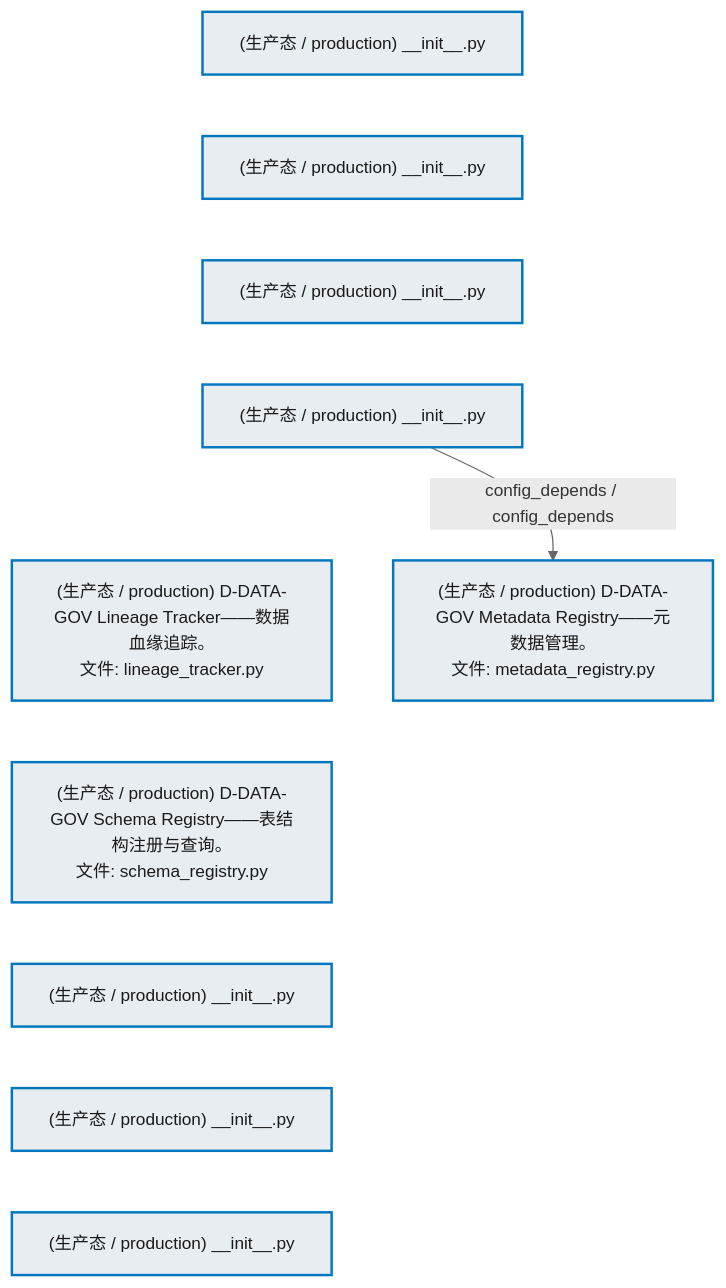
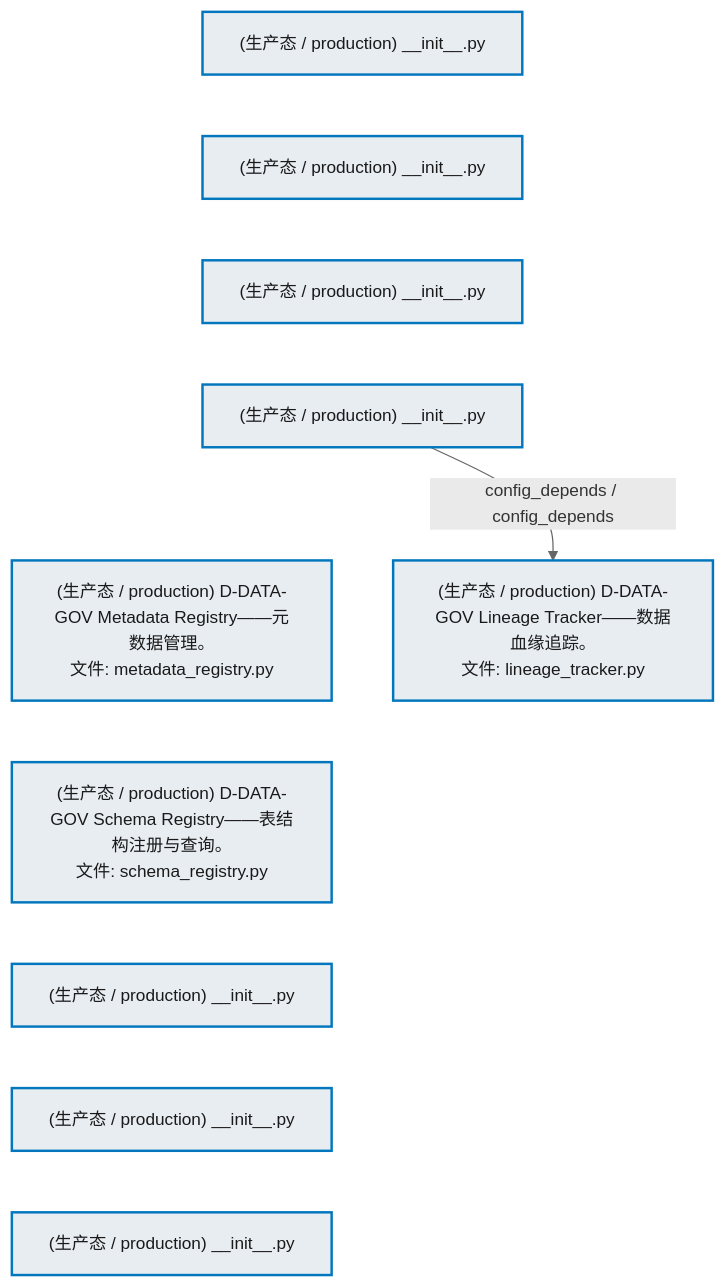
One commit to xuanFelixVan/ZephyrAlpha changed the second of 2 diagrams in docs/02_enterprise_architecture/02_domain_architecture_docs/13_d_data_gov.md. Above: the diagram before and after it, drawn with Mermaid. The commit also changed other lines of this file and 36 other files, not shown here.

````diff
--- a/docs/02_enterprise_architecture/02_domain_architecture_docs/13_d_data_gov.md
+++ b/docs/02_enterprise_architecture/02_domain_architecture_docs/13_d_data_gov.md
@@ -103,28 +103,28 @@
 ```mermaid
 %%{init: {'theme': 'base', 'themeVariables': {'primaryColor': '#eaeaea', 'primaryTextColor': '#333333', 'primaryBorderColor': '#666666', 'lineColor': '#666666', 'secondaryColor': '#eaeaea', 'tertiaryColor': '#eaeaea', 'fontSize': '14px'}}}%%
 flowchart TD
     src_zephyr_data_governance_init_py["(生产态 / production) __init__.py"]
     src_zephyr_data_governance_extensions_init_py["(生产态 / production) __init__.py"]
     src_zephyr_data_governance_api_init_py["(生产态 / production) __init__.py"]
     src_zephyr_data_governance_core_init_py["(生产态 / production) __init__.py"]
-    src_zephyr_data_governance_core_lineage_tracker_py["(生产态 / production) D-DATA-GOV Lineage Tracker——数据血缘追踪。<br/>文件: lineage_tracker.py"]
+    src_zephyr_data_governance_core_metadata_registry_py["(生产态 / production) D-DATA-GOV Metadata Registry——元数据管理。<br/>文件: metadata_registry.py"]
     src_zephyr_data_governance_core_schema_registry_py["(生产态 / production) D-DATA-GOV Schema Registry——表结构注册与查询。<br/>文件: schema_registry.py"]
     src_zephyr_data_governance_infrastructure_init_py["(生产态 / production) __init__.py"]
     src_zephyr_data_governance_models_init_py["(生产态 / production) __init__.py"]
     src_zephyr_data_governance_services_init_py["(生产态 / production) __init__.py"]
     src_zephyr_data_governance_init_py ~~~ src_zephyr_data_governance_extensions_init_py
     src_zephyr_data_governance_extensions_init_py ~~~ src_zephyr_data_governance_api_init_py
     src_zephyr_data_governance_api_init_py ~~~ src_zephyr_data_governance_core_init_py
-    src_zephyr_data_governance_core_init_py ~~~ src_zephyr_data_governance_core_lineage_tracker_py
-    src_zephyr_data_governance_core_lineage_tracker_py ~~~ src_zephyr_data_governance_core_schema_registry_py
+    src_zephyr_data_governance_core_init_py ~~~ src_zephyr_data_governance_core_metadata_registry_py
+    src_zephyr_data_governance_core_metadata_registry_py ~~~ src_zephyr_data_governance_core_schema_registry_py
     src_zephyr_data_governance_core_schema_registry_py ~~~ src_zephyr_data_governance_infrastructure_init_py
     src_zephyr_data_governance_infrastructure_init_py ~~~ src_zephyr_data_governance_models_init_py
     src_zephyr_data_governance_models_init_py ~~~ src_zephyr_data_governance_services_init_py
-    src_zephyr_data_governance_core_metadata_registry_py["(生产态 / production) D-DATA-GOV Metadata Registry——元数据管理。<br/>文件: metadata_registry.py"]
-    src_zephyr_data_governance_core_init_py -->|config_depends / config_depends| src_zephyr_data_governance_core_metadata_registry_py
+    src_zephyr_data_governance_core_lineage_tracker_py["(生产态 / production) D-DATA-GOV Lineage Tracker——数据血缘追踪。<br/>文件: lineage_tracker.py"]
+    src_zephyr_data_governance_core_init_py -->|config_depends / config_depends| src_zephyr_data_governance_core_lineage_tracker_py
     classDef production fill:#e8edf2,stroke:#0277bd,stroke-width:2px,color:#1a1a1a
     classDef design fill:#f0ebe3,stroke:#bf360c,stroke-width:2px,color:#1a1a1a,stroke-dasharray: 5 5
     classDef external_prod fill:#e8efe9,stroke:#1b5e20,stroke-width:1px,color:#1a1a1a
     classDef external_design fill:#efe5ea,stroke:#880e4f,stroke-width:1px,color:#1a1a1a,stroke-dasharray: 5 5
     class src_zephyr_data_governance_init_py,src_zephyr_data_governance_extensions_init_py,src_zephyr_data_governance_api_init_py,src_zephyr_data_governance_core_init_py,src_zephyr_data_governance_core_lineage_tracker_py,src_zephyr_data_governance_core_metadata_registry_py,src_zephyr_data_governance_core_schema_registry_py,src_zephyr_data_governance_infrastructure_init_py,src_zephyr_data_governance_models_init_py,src_zephyr_data_governance_services_init_py production
 ```
````
